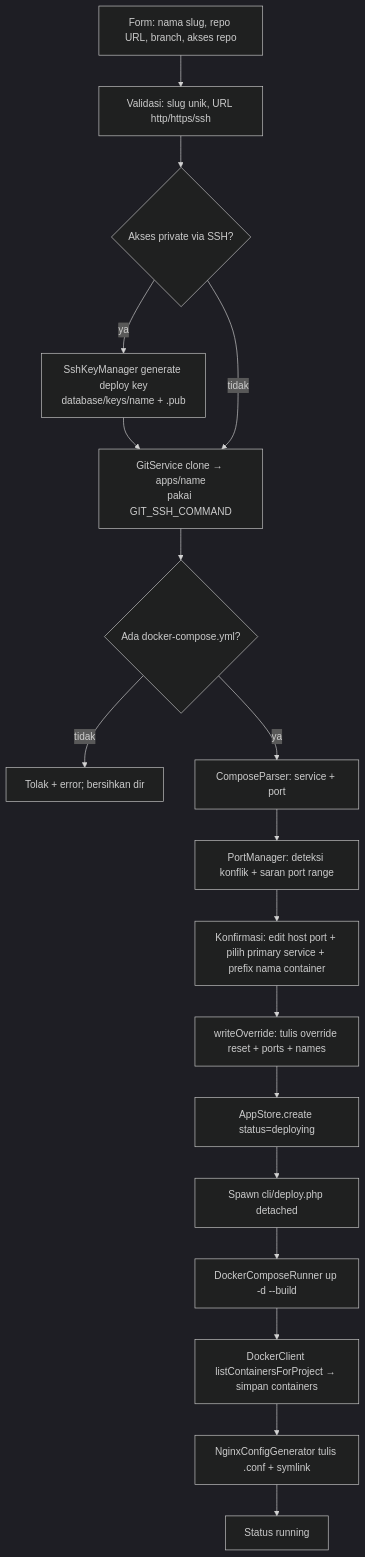
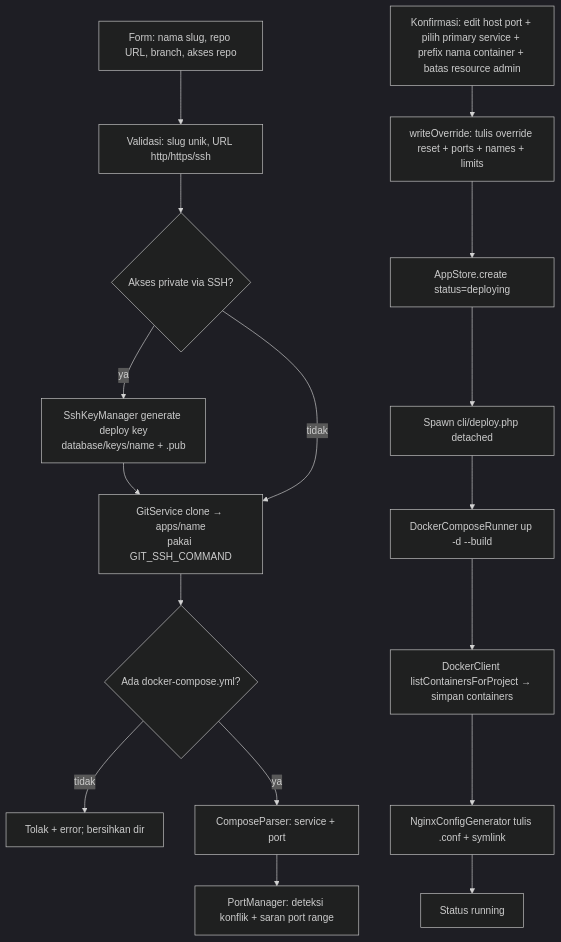
One commit to yllumi/rames changed the second of 4 diagrams in ARCHITECTURE.md. Above: the diagram before and after it, drawn with Mermaid (dark theme). The commit also changed other lines of this file and 31 other files, not shown here.

First line of the commit message:
Add unit tests for ResourceLimits class to validate CPU and memory configurations

````diff
--- a/ARCHITECTURE.md
+++ b/ARCHITECTURE.md
@@ -195,20 +197,20 @@
 ```mermaid
 flowchart TD
     A[Form: nama slug, repo URL, branch, akses repo] --> B[Validasi: slug unik, URL http/https/ssh]
     B --> B1{Akses private via SSH?}
     B1 -- ya --> B2[SshKeyManager generate deploy key<br/>database/keys/name + .pub]
     B2 --> C[GitService clone → apps/name<br/>pakai GIT_SSH_COMMAND]
     B1 -- tidak --> C
     C --> D{Ada docker-compose.yml?}
     D -- tidak --> E[Tolak + error; bersihkan dir]
     D -- ya --> F[ComposeParser: service + port]
     F --> G[PortManager: deteksi konflik + saran port range]
-    G --> H[Konfirmasi: edit host port + pilih primary service + prefix nama container]
-    H --> I[writeOverride: tulis override reset + ports + names]
+    H[Konfirmasi: edit host port + pilih primary service + prefix nama container + batas resource admin]
+    H --> I[writeOverride: tulis override reset + ports + names + limits]
     I --> J[AppStore.create status=deploying]
     J --> K[Spawn cli/deploy.php detached]
     K --> L[DockerComposeRunner up -d --build]
     L --> M[DockerClient listContainersForProject → simpan containers]
     M --> N[NginxConfigGenerator tulis .conf + symlink]
     N --> O[Status running]
 ```
````
